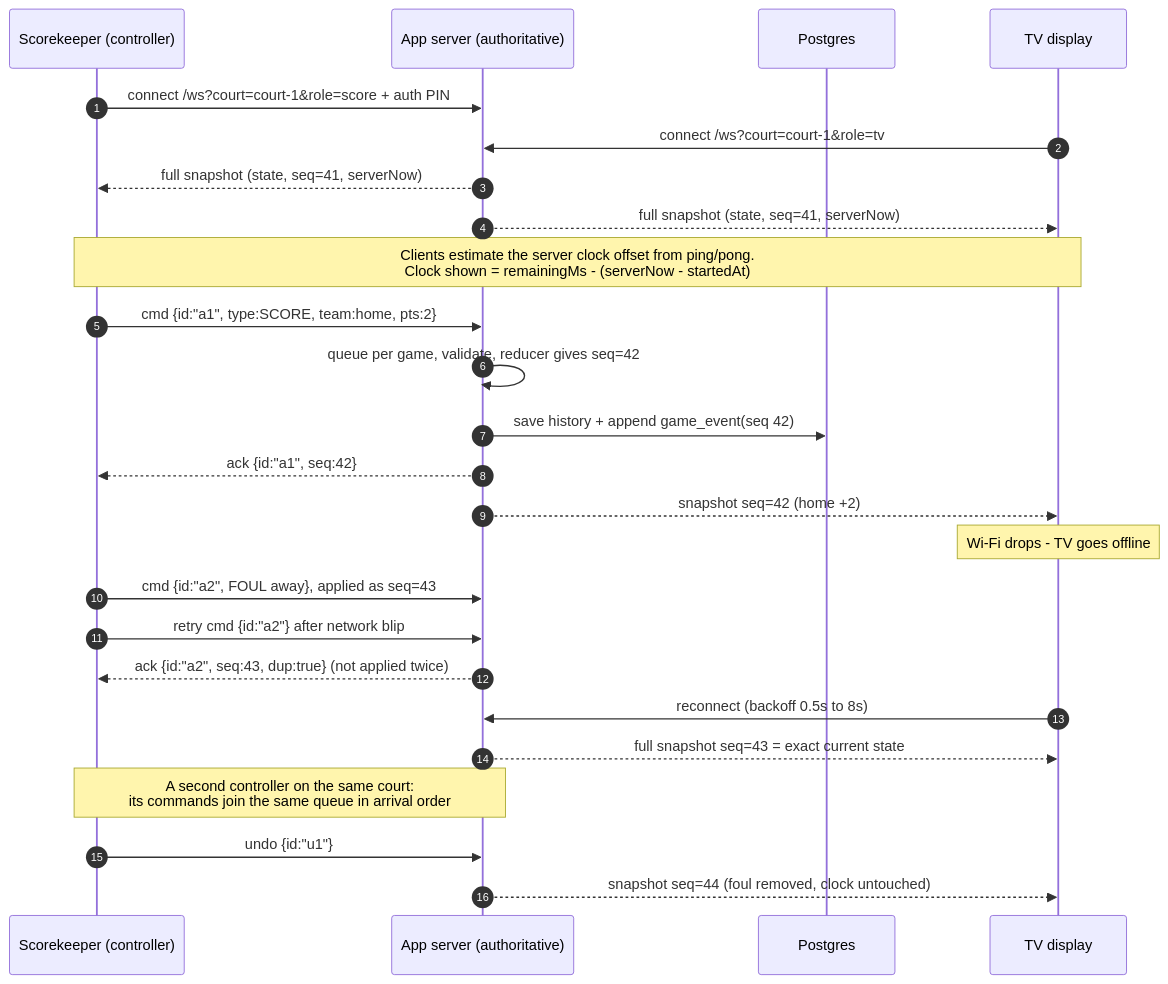
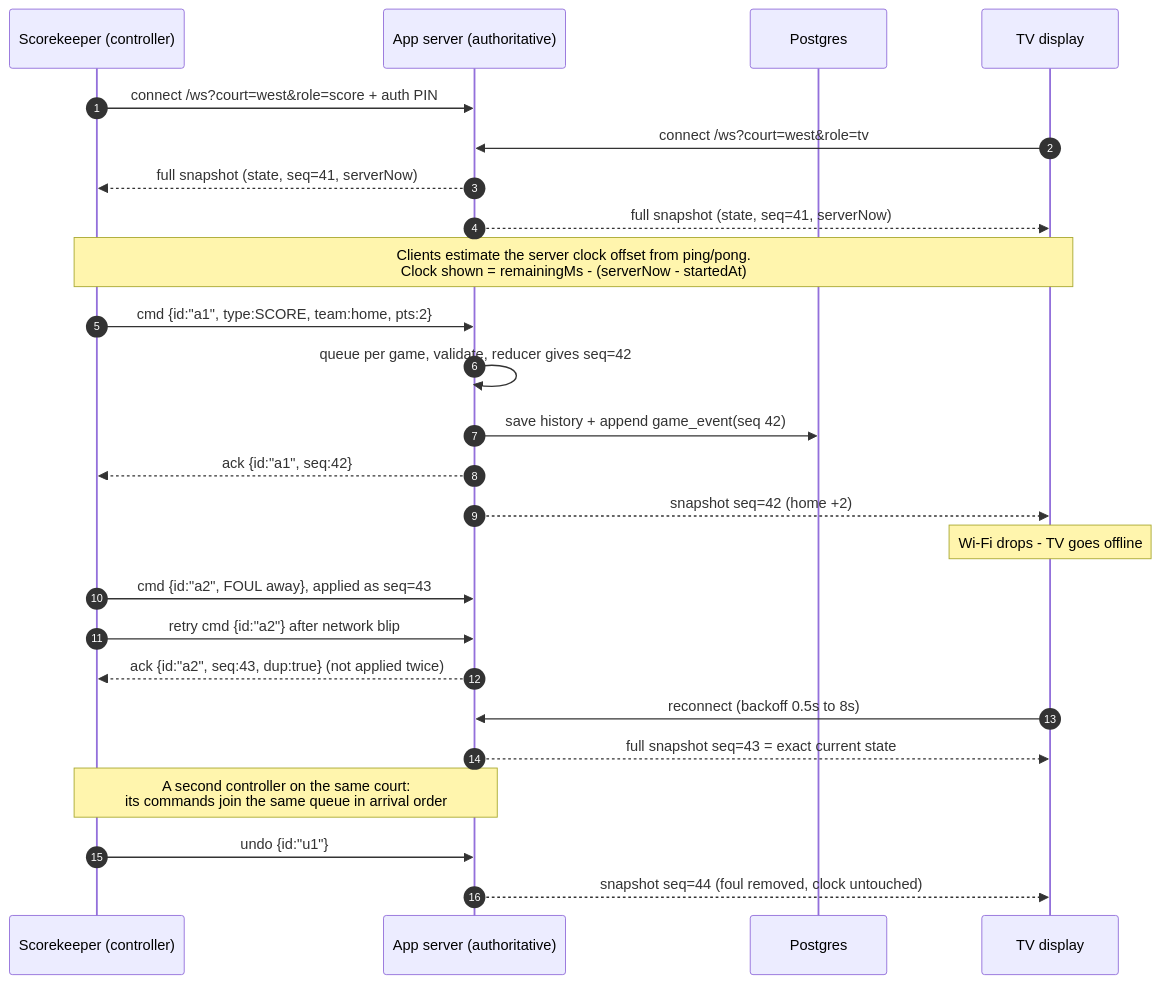
The diagram in deliverables/diagrams/realtime-sequence.mmd (aingalsbe/UpwardScoreboard), drawn with Mermaid before and after one commit. The commit also changed 39 other files, not shown here.

```diff
--- a/deliverables/diagrams/realtime-sequence.mmd
+++ b/deliverables/diagrams/realtime-sequence.mmd
@@ -1,25 +1,25 @@
 sequenceDiagram
   autonumber
   participant SK as Scorekeeper (controller)
   participant S as App server (authoritative)
   participant DB as Postgres
   participant TV as TV display
-  SK->>S: connect /ws?court=court-1&role=score + auth PIN
-  TV->>S: connect /ws?court=court-1&role=tv
+  SK->>S: connect /ws?court=west&role=score + auth PIN
+  TV->>S: connect /ws?court=west&role=tv
   S-->>SK: full snapshot (state, seq=41, serverNow)
   S-->>TV: full snapshot (state, seq=41, serverNow)
   Note over SK,TV: Clients estimate the server clock offset from ping/pong.<br/>Clock shown = remainingMs - (serverNow - startedAt)
   SK->>S: cmd {id:"a1", type:SCORE, team:home, pts:2}
   S->>S: queue per game, validate, reducer gives seq=42
   S->>DB: save history + append game_event(seq 42)
   S-->>SK: ack {id:"a1", seq:42}
   S-->>TV: snapshot seq=42 (home +2)
   Note over TV: Wi-Fi drops - TV goes offline
   SK->>S: cmd {id:"a2", FOUL away}, applied as seq=43
   SK->>S: retry cmd {id:"a2"} after network blip
   S-->>SK: ack {id:"a2", seq:43, dup:true} (not applied twice)
   TV->>S: reconnect (backoff 0.5s to 8s)
   S-->>TV: full snapshot seq=43 = exact current state
   Note over SK,S: A second controller on the same court:<br/>its commands join the same queue in arrival order
   SK->>S: undo {id:"u1"}
   S-->>TV: snapshot seq=44 (foul removed, clock untouched)
```
